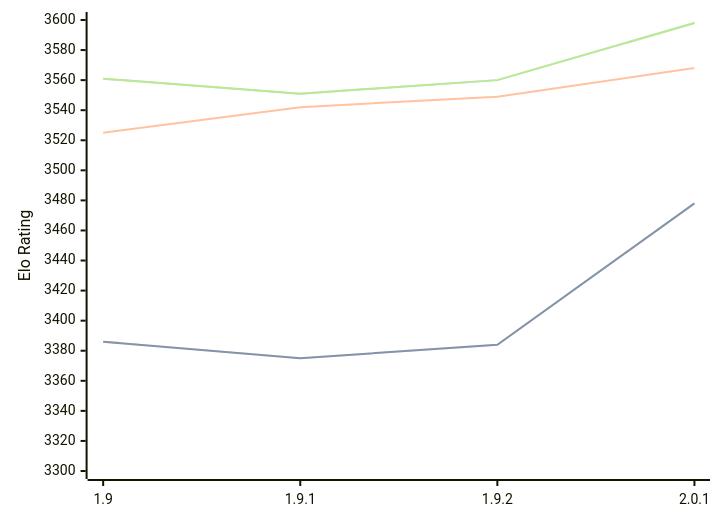
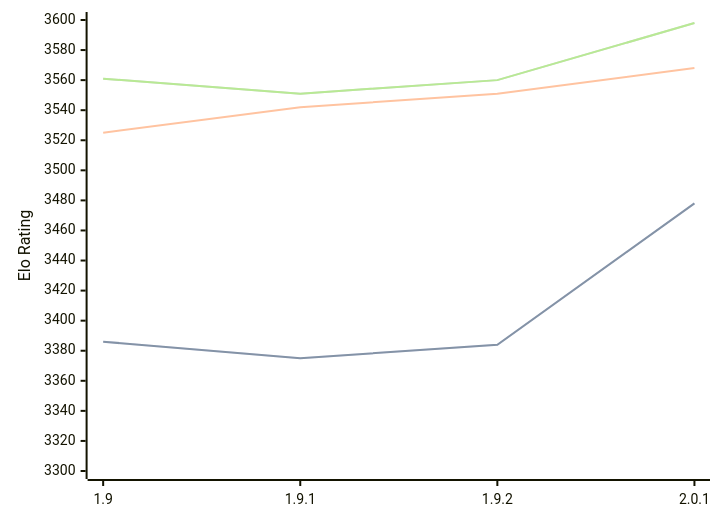
One commit to computer-chess-index/cci changed the diagram in engines/Pawnocchio.md. Above: the diagram before and after it, drawn with Mermaid. The commit also changed other lines of this file, not shown here.

````diff
--- a/engines/Pawnocchio.md
+++ b/engines/Pawnocchio.md
@@ -36,11 +36,11 @@
 ```mermaid
 %%{init: {"theme":"base","themeVariables":{"seriesColors:['#a3a3a3','#222221','#faa371']}}}%%
 xychart-beta
   x-axis ["1.9", "1.9.1", "1.9.2", "2.0.1"]
   y-axis "Elo Rating" 3300 --> 3600
   line "" [3386, 3375, 3384, 3478]
   line "STC (8.0+0.08s)" [3386, 3375, 3384, 3478]
-  line "LTC (60.0+0.60s)" [3525, 3542, 3549, 3568]
+  line "LTC (60.0+0.60s)" [3525, 3542, 3551, 3568]
   line "" [3561, 3551, 3560, 3598]
   line "VLTC (2m24s+1.12s)" [3561, 3551, 3560, 3598]
 ```
````
